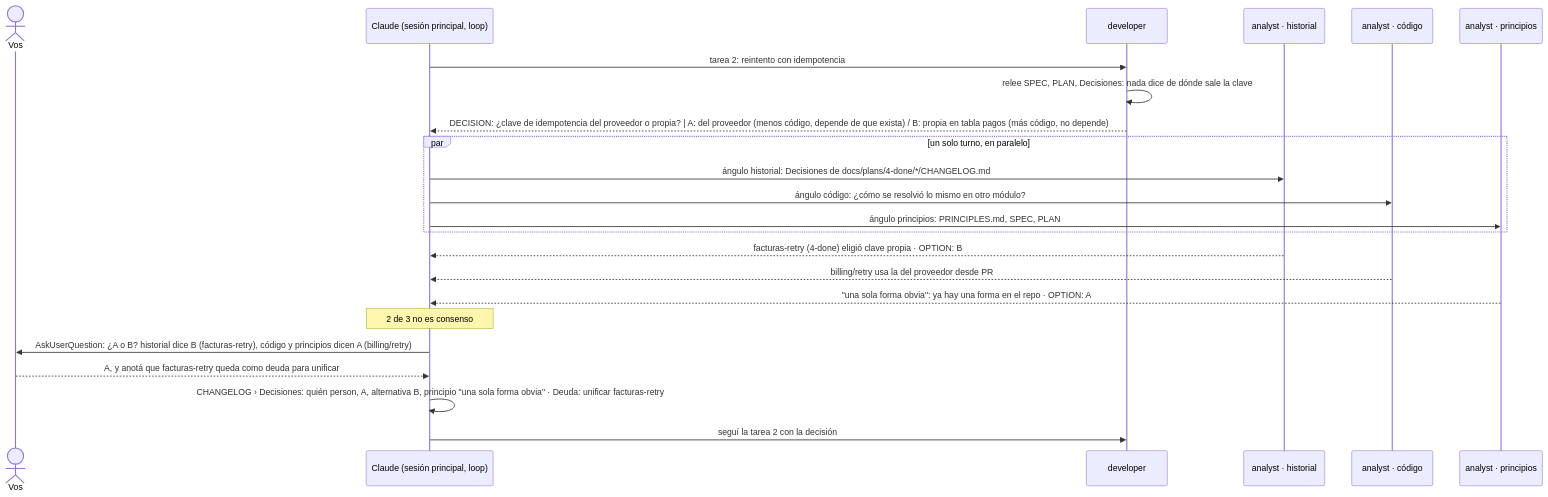
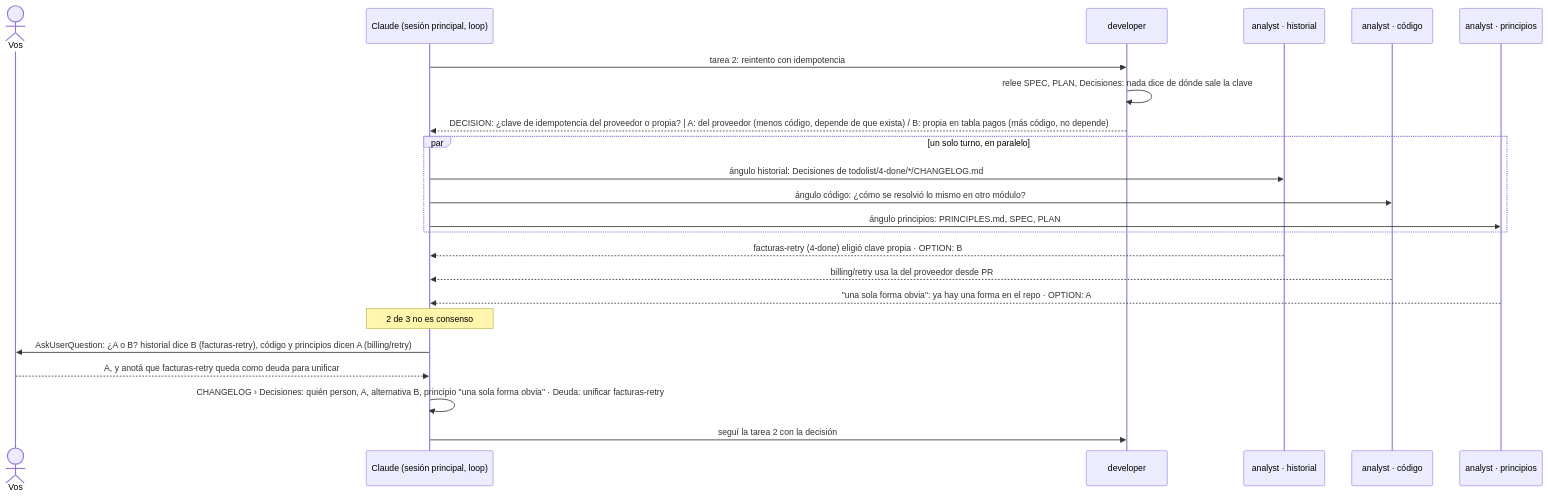
Before and after one commit to octavio-parozlabs/mindstack: the diagram in use-cases/03-decision-consensus.md, drawn with Mermaid. The commit also changed 39 other files, not shown here.

````diff
--- a/use-cases/03-decision-consensus.md
+++ b/use-cases/03-decision-consensus.md
@@ -5,28 +5,28 @@
 ```mermaid
 sequenceDiagram
     actor U as Vos
     participant C as Claude (sesión principal, loop)
     participant DEV as developer
     participant A1 as analyst · historial
     participant A2 as analyst · código
     participant A3 as analyst · principios
 
     C->>DEV: tarea 2: reintento con idempotencia
     DEV->>DEV: relee SPEC, PLAN, Decisiones: nada dice de dónde sale la clave
     DEV-->>C: DECISION: ¿clave de idempotencia del proveedor o propia? | A: del proveedor (menos código, depende de que exista) / B: propia en tabla pagos (más código, no depende)
 
     par un solo turno, en paralelo
-        C->>A1: ángulo historial: Decisiones de docs/plans/4-done/*/CHANGELOG.md
+        C->>A1: ángulo historial: Decisiones de todolist/4-done/*/CHANGELOG.md
         C->>A2: ángulo código: ¿cómo se resolvió lo mismo en otro módulo?
         C->>A3: ángulo principios: PRINCIPLES.md, SPEC, PLAN
     end
     A1-->>C: facturas-retry (4-done) eligió clave propia · OPTION: B
     A2-->>C: billing/retry usa la del proveedor desde PR #31 · OPTION: A
     A3-->>C: "una sola forma obvia": ya hay una forma en el repo · OPTION: A
 
     Note over C: 2 de 3 no es consenso
     C->>U: AskUserQuestion: ¿A o B? historial dice B (facturas-retry), código y principios dicen A (billing/retry)
     U-->>C: A, y anotá que facturas-retry queda como deuda para unificar
     C->>C: CHANGELOG › Decisiones: quién person, A, alternativa B, principio "una sola forma obvia" · Deuda: unificar facturas-retry
     C->>DEV: seguí la tarea 2 con la decisión
 ```
````
